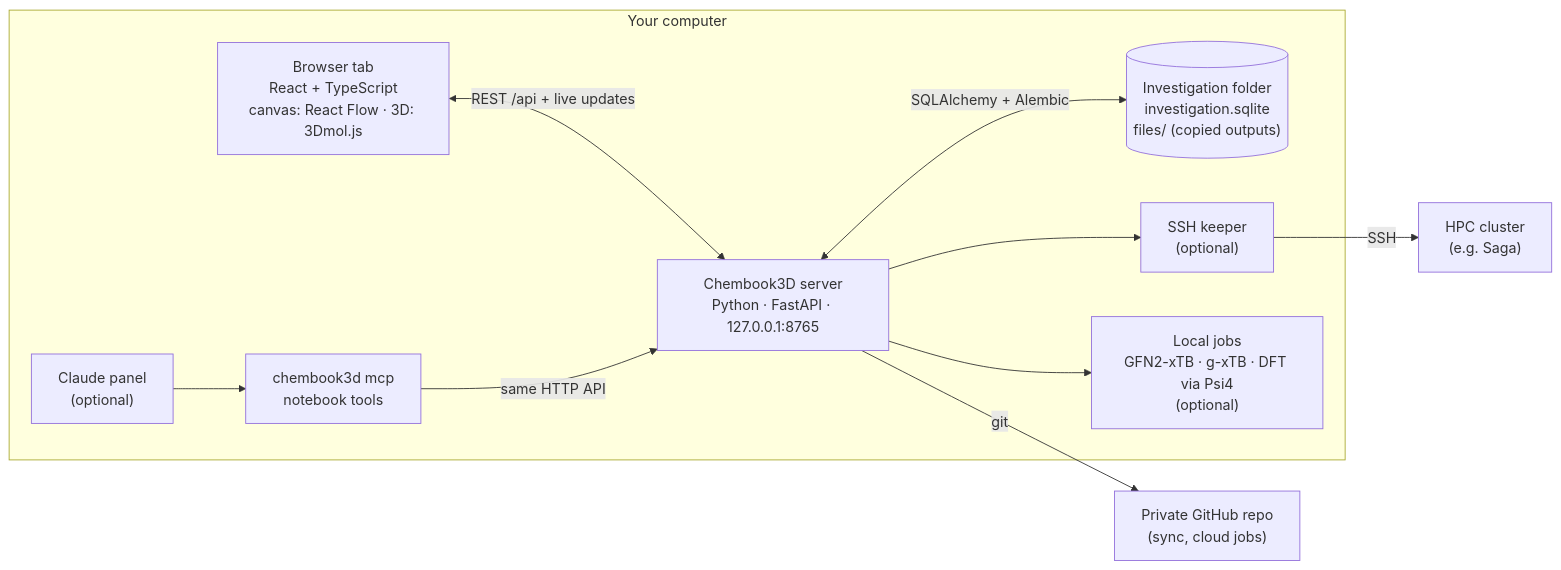
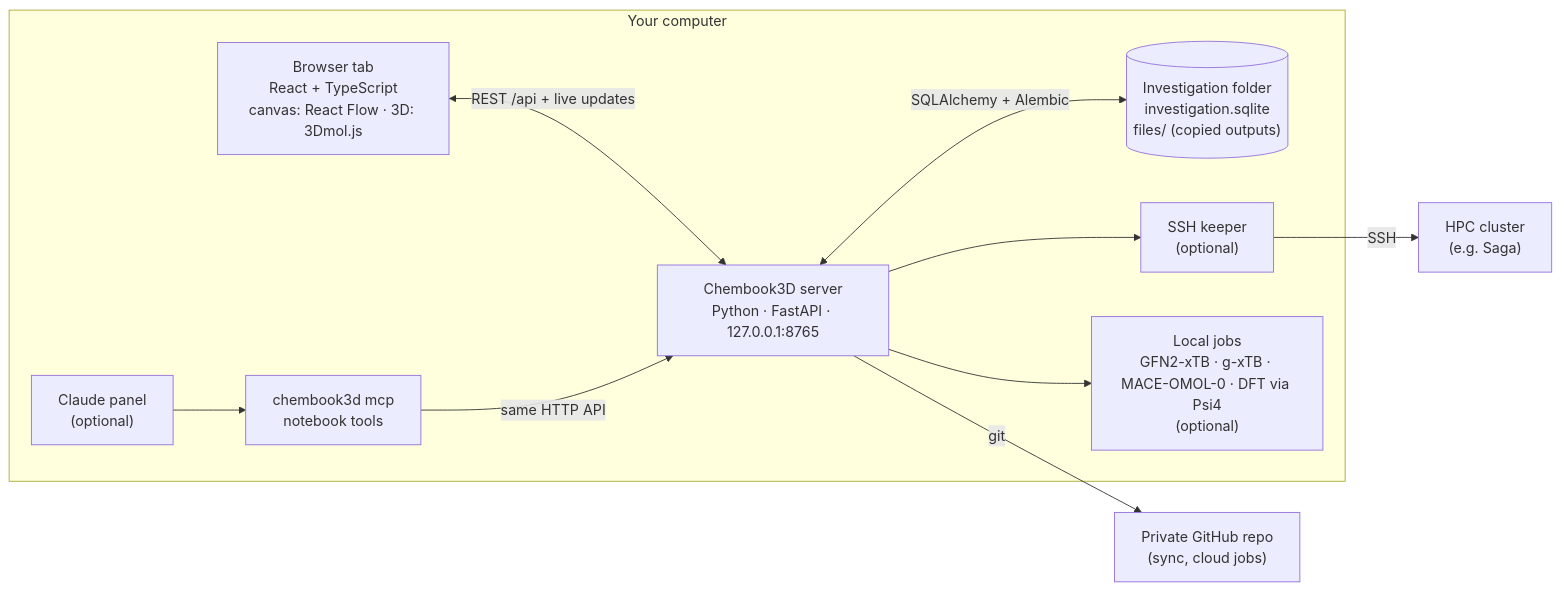
The second of 3 diagrams in README.md (jonas-ekeli/Chembook3D), drawn with Mermaid before and after one commit. The commit also changed other lines of this file and 26 other files, not shown here.

First line of the commit message:
MACE-OMOL-0 as an optional local method (D237)

````diff
--- a/README.md
+++ b/README.md
@@ -103,18 +104,18 @@
 ```mermaid
 flowchart LR
     subgraph PC["Your computer"]
         UI["Browser tab<br/>React + TypeScript<br/>canvas: React Flow · 3D: 3Dmol.js"]
         API["Chembook3D server<br/>Python · FastAPI · 127.0.0.1:8765"]
         DB[("Investigation folder<br/>investigation.sqlite<br/>files/ (copied outputs)")]
         CP["Claude panel<br/>(optional)"]
         MCP["chembook3d mcp<br/>notebook tools"]
         KEEP["SSH keeper<br/>(optional)"]
-        LOC["Local jobs<br/>GFN2-xTB · g-xTB · DFT via Psi4<br/>(optional)"]
+        LOC["Local jobs<br/>GFN2-xTB · g-xTB · MACE-OMOL-0 · DFT via Psi4<br/>(optional)"]
     end
     UI <-->|"REST /api + live updates"| API
     API <-->|"SQLAlchemy + Alembic"| DB
     CP --> MCP -->|"same HTTP API"| API
     API --> KEEP -->|SSH| HPC["HPC cluster<br/>(e.g. Saga)"]
     API -->|git| GH["Private GitHub repo<br/>(sync, cloud jobs)"]
     API --> LOC
 ```
````
